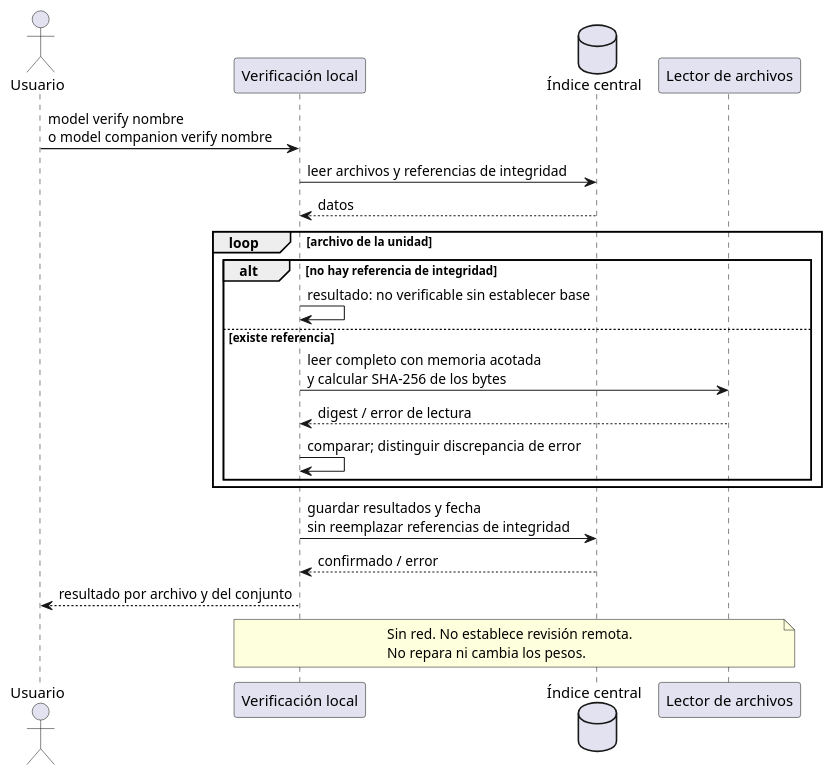
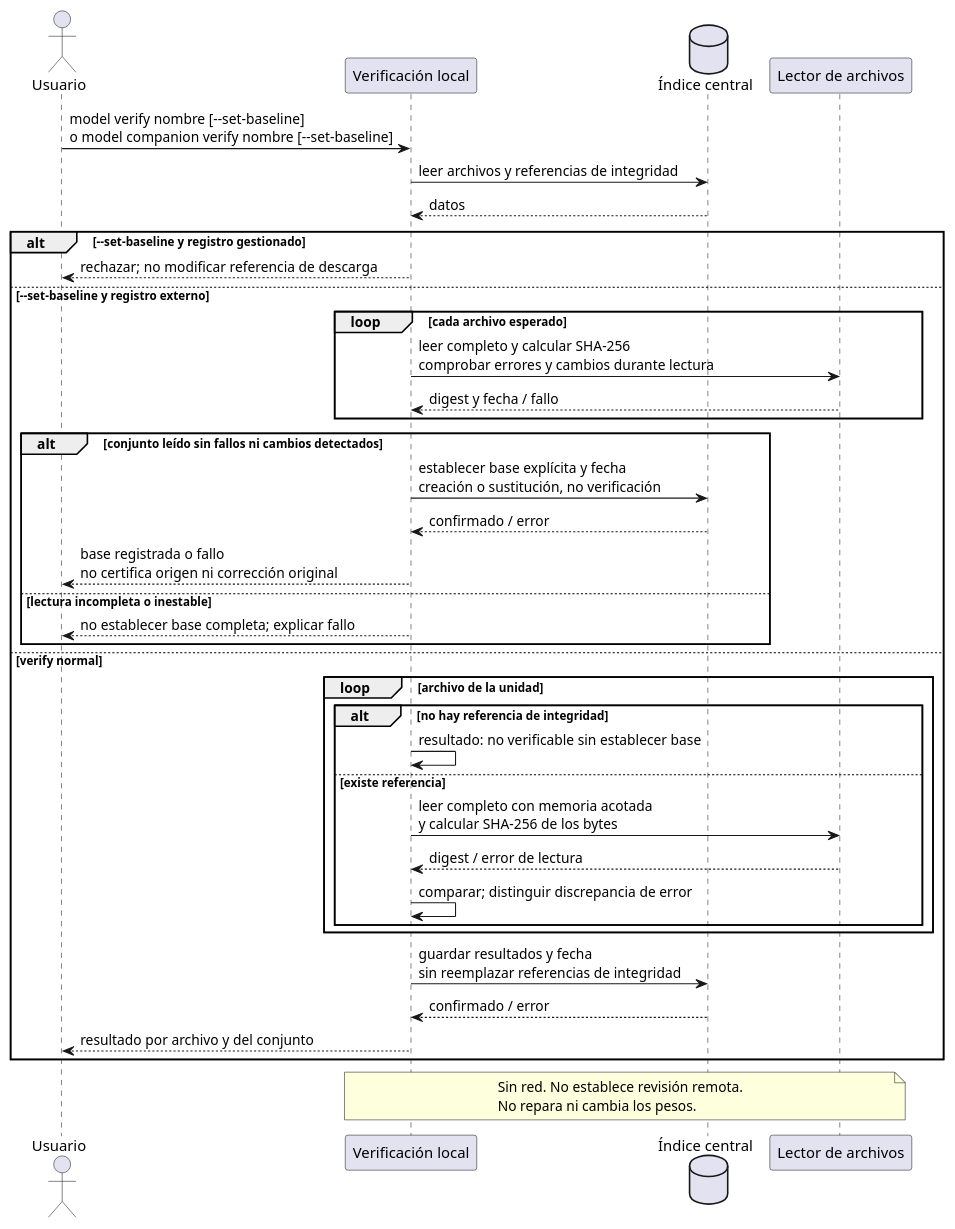
Before and after one commit to mstranich/coquena: the seventh of 7 diagrams in docs/secuencias.md, drawn with PlantUML. The commit also changed other lines of this file and 11 other files, not shown here.

````diff
--- a/docs/secuencias.md
+++ b/docs/secuencias.md
@@ -438,27 +519,43 @@
 ```plantuml
 @startuml
 actor Usuario as U
 participant "Verificación local" as V
 database "Índice central" as I
 participant "Lector de archivos" as F
-U -> V : model verify nombre\no model companion verify nombre
+U -> V : model verify nombre [--set-baseline]\no model companion verify nombre [--set-baseline]
 V -> I : leer archivos y referencias de integridad
 I --> V : datos
+alt --set-baseline y registro gestionado
+  V --> U : rechazar; no modificar referencia de descarga
+else --set-baseline y registro externo
+  loop cada archivo esperado
+    V -> F : leer completo y calcular SHA-256\ncomprobar errores y cambios durante lectura
+    F --> V : digest y fecha / fallo
+  end
+  alt conjunto leído sin fallos ni cambios detectados
+    V -> I : establecer base explícita y fecha\ncreación o sustitución, no verificación
+    I --> V : confirmado / error
+    V --> U : base registrada o fallo\nno certifica origen ni corrección original
+  else lectura incompleta o inestable
+    V --> U : no establecer base completa; explicar fallo
+  end
+else verify normal
 loop archivo de la unidad
   alt no hay referencia de integridad
     V -> V : resultado: no verificable sin establecer base
   else existe referencia
     V -> F : leer completo con memoria acotada\ny calcular SHA-256 de los bytes
     F --> V : digest / error de lectura
     V -> V : comparar; distinguir discrepancia de error
   end
 end
 V -> I : guardar resultados y fecha\nsin reemplazar referencias de integridad
 I --> V : confirmado / error
 V --> U : resultado por archivo y del conjunto
+end
 note over V,F
   Sin red. No establece revisión remota.
   No repara ni cambia los pesos.
 end note
 @enduml
 ```
````
